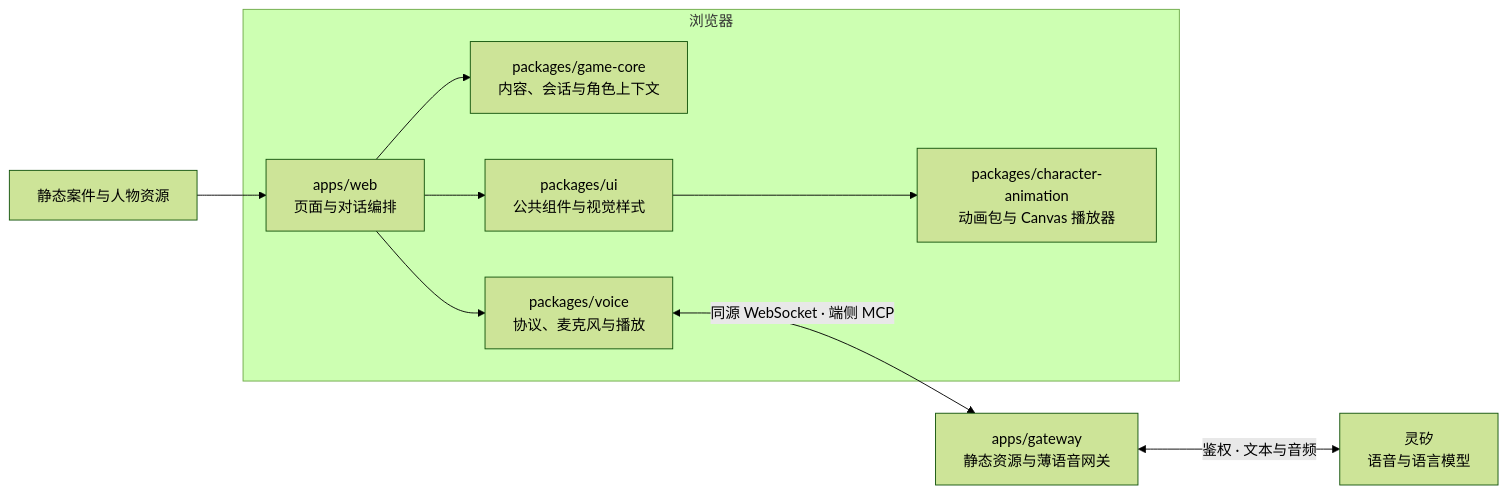
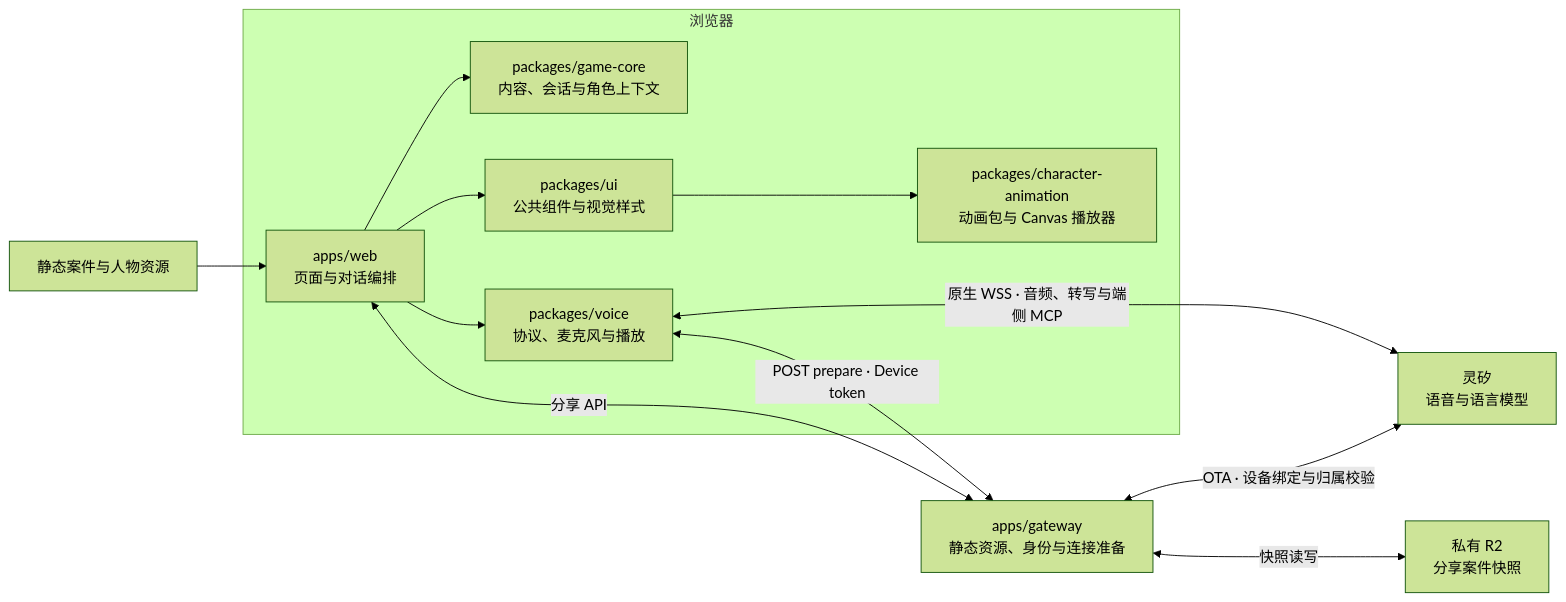
Before and after one commit to nighca/lie: the diagram in README.zh-CN.md, drawn with Mermaid (forest theme). The commit also changed other lines of this file and 8 other files, not shown here.

Commit message:
Document released browser-direct voice architecture

````diff
--- a/README.zh-CN.md
+++ b/README.zh-CN.md
@@ -90,20 +90,24 @@
 ```mermaid
 flowchart LR
     Content["静态案件与人物资源"]
     subgraph Browser["浏览器"]
         Web["apps/web<br/>页面与对话编排"]
         Core["packages/game-core<br/>内容、会话与角色上下文"]
         UI["packages/ui<br/>公共组件与视觉样式"]
         Voice["packages/voice<br/>协议、麦克风与播放"]
         Animation["packages/character-animation<br/>动画包与 Canvas 播放器"]
         Web --> Core
         Web --> UI
         Web --> Voice
         UI --> Animation
     end
-    Gateway["apps/gateway<br/>静态资源与薄语音网关"]
+    Gateway["apps/gateway<br/>静态资源、身份与连接准备"]
     Linx["灵矽<br/>语音与语言模型"]
+    R2["私有 R2<br/>分享案件快照"]
     Content --> Web
-    Voice <-->|"同源 WebSocket · 端侧 MCP"| Gateway
-    Gateway <-->|"鉴权 · 文本与音频"| Linx
+    Voice <-->|"POST prepare · Device token"| Gateway
+    Voice <-->|"原生 WSS · 音频、转写与端侧 MCP"| Linx
+    Gateway <-->|"OTA · 设备绑定与归属校验"| Linx
+    Web <-->|"分享 API"| Gateway
+    Gateway <-->|"快照读写"| R2
 ```
````
